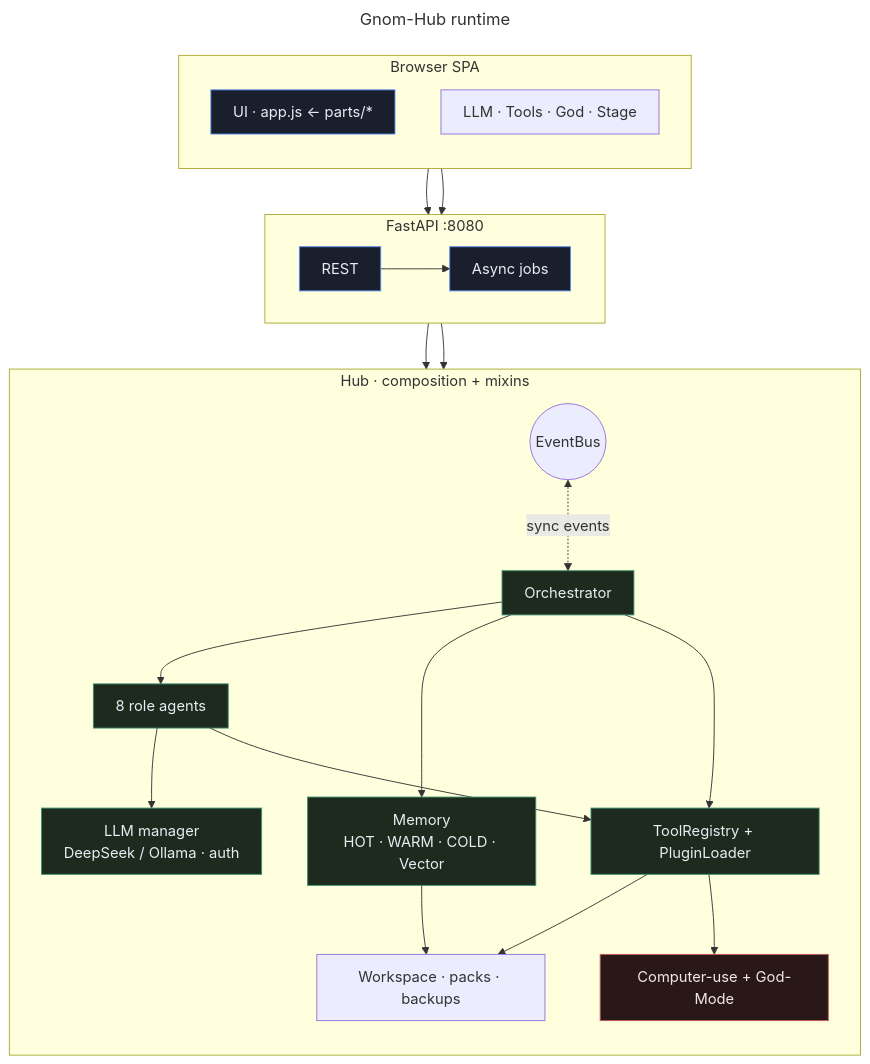
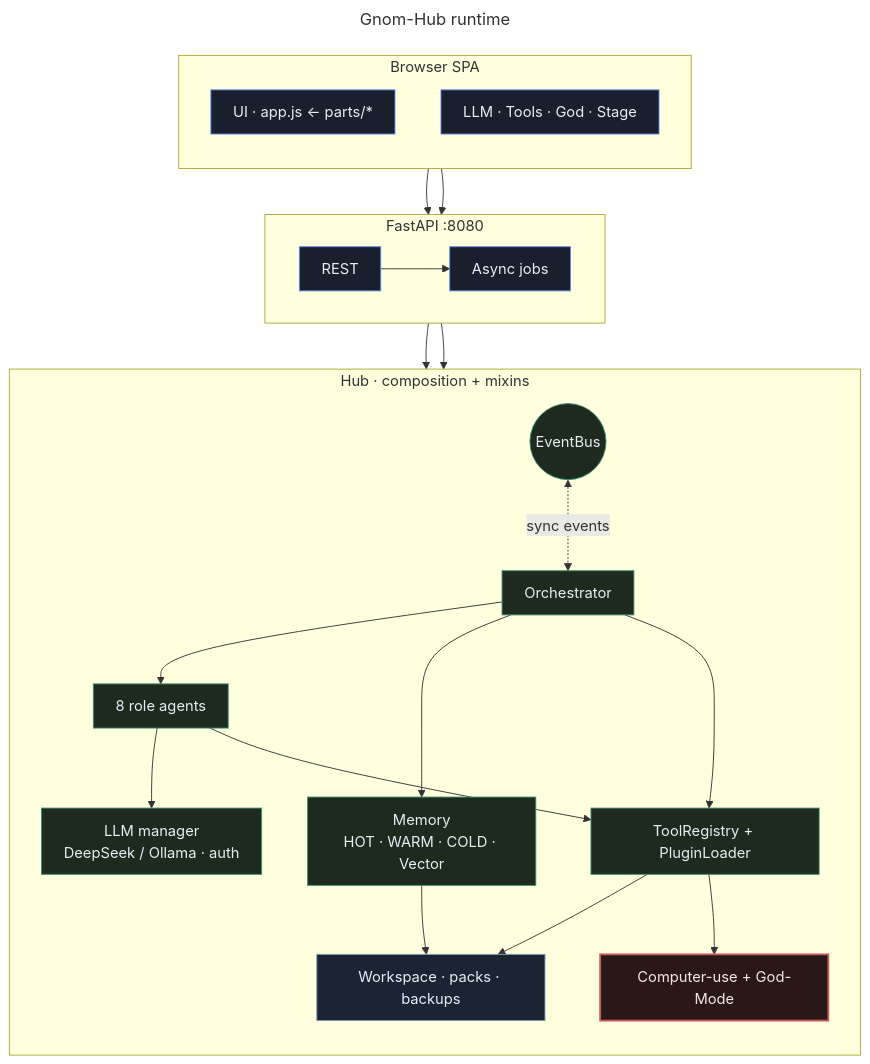
One commit to landjunge/gnom-hub-v1 changed the first of 7 diagrams in docs/ARCHITECTURE.md. Above: the diagram before and after it, drawn with Mermaid. The commit also changed other lines of this file and 3 other files, not shown here.

First line of the commit message:
docs: deepen Mermaid styling classes (shared palette)

````diff
--- a/docs/ARCHITECTURE.md
+++ b/docs/ARCHITECTURE.md
@@ -14,55 +14,54 @@
 ```mermaid
 ---
 title: Gnom-Hub runtime
 config:
   flowchart:
     curve: basis
     padding: 12
 ---
 flowchart TB
   subgraph Client["Browser SPA"]
     direction TB
-    UI["UI · app.js ← parts/*"]
-    Badges["LLM · Tools · God · Stage"]
+    UI["UI · app.js ← parts/*"]:::ui
+    Badges["LLM · Tools · God · Stage"]:::ui
   end
 
   subgraph API["FastAPI :8080"]
     direction LR
-    REST["REST"]
-    Jobs["Async jobs"]
+    REST["REST"]:::ui
+    Jobs["Async jobs"]:::ui
   end
 
   subgraph Hub["Hub · composition + mixins"]
     direction TB
-    Bus((EventBus))
-    Orch["Orchestrator"]
-    Agents["8 role agents"]
-    LLM["LLM manager<br/>DeepSeek / Ollama · auth"]
-    Mem["Memory<br/>HOT · WARM · COLD · Vector"]
-    Tools["ToolRegistry + PluginLoader"]
-    WS["Workspace · packs · backups"]
-    CU["Computer-use + God-Mode"]
+    Bus((EventBus)):::core
+    Orch["Orchestrator"]:::core
+    Agents["8 role agents"]:::core
+    LLM["LLM manager<br/>DeepSeek / Ollama · auth"]:::core
+    Mem["Memory<br/>HOT · WARM · COLD · Vector"]:::warm
+    Tools["ToolRegistry + PluginLoader"]:::core
+    WS["Workspace · packs · backups"]:::store
+    CU["Computer-use + God-Mode"]:::danger
   end
 
   UI --> REST
   Badges --> REST
   REST --> Jobs
   Jobs --> Orch
   REST --> Orch
   Bus <-.->|"sync events"| Orch
   Orch --> Agents
   Agents --> LLM
   Orch --> Mem
   Orch --> Tools
   Agents --> Tools
   Tools --> WS
   Tools --> CU
   Mem --> WS
 
-  classDef ui fill:#1a1f2e,stroke:#5b8def,color:#e6edf3
-  classDef core fill:#1e2a1e,stroke:#3a8f6e,color:#e6edf3
-  classDef danger fill:#2a1818,stroke:#c45c5c,color:#f5e6e6
-  class UI,REST,Jobs ui
-  class Orch,Agents,LLM,Mem,Tools core
-  class CU danger
+  classDef ui fill:#1a1f2e,stroke:#5b8def,color:#e6edf3,stroke-width:1px
+  classDef core fill:#1e2a1e,stroke:#3a8f6e,color:#e6edf3,stroke-width:1px
+  classDef warm fill:#1e2a1e,stroke:#3a8f6e,color:#e6edf3,stroke-width:1px
+  classDef store fill:#1a2433,stroke:#7c9cbf,color:#e6edf3,stroke-width:1px
+  classDef danger fill:#2a1818,stroke:#c45c5c,color:#f5e6e6,stroke-width:2px
 ```
````
